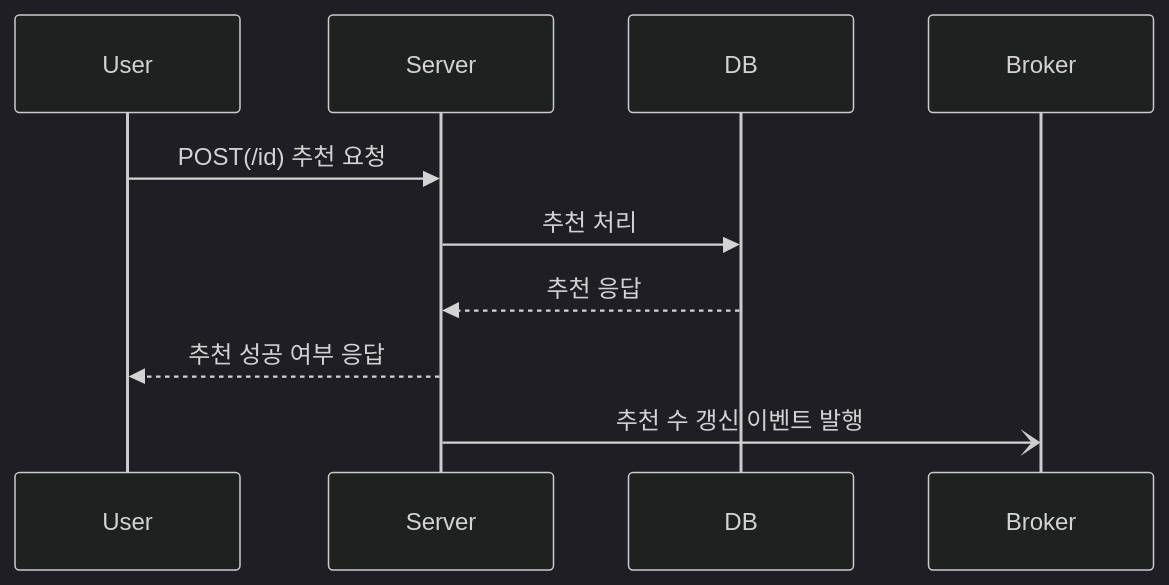
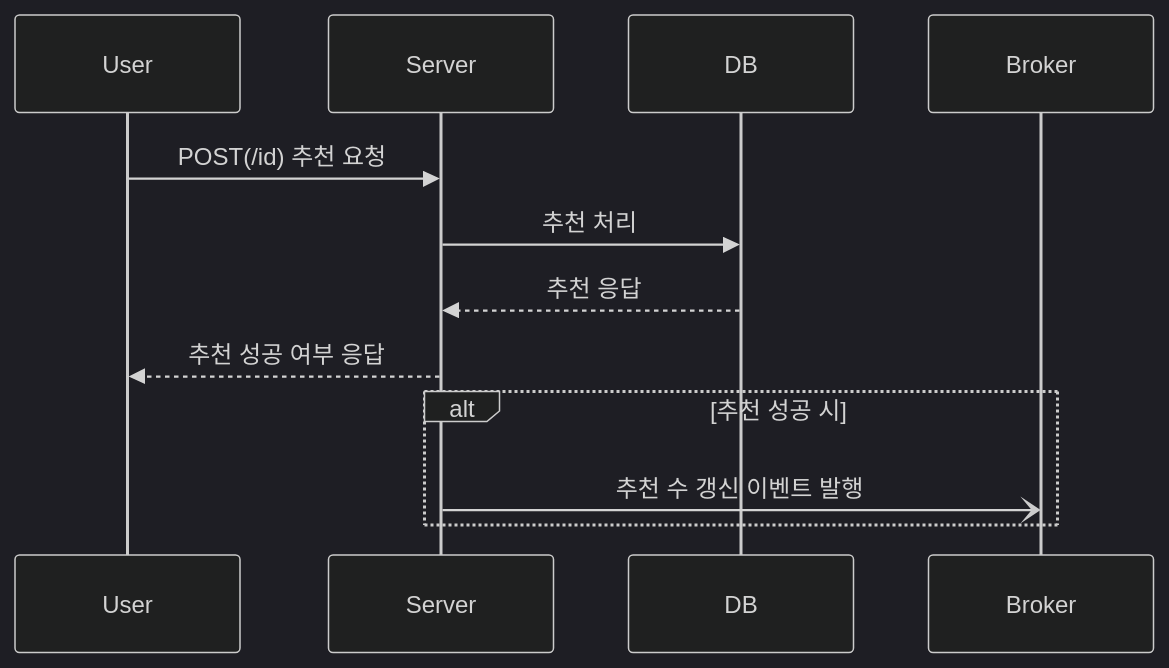
One commit to GoGradually/SSE-and-WebSocket changed the second of 4 diagrams in README.md. Above: the diagram before and after it, drawn with Mermaid (dark theme). The commit also changed other lines of this file, not shown here.

````diff
--- a/README.md
+++ b/README.md
@@ -62,8 +66,10 @@
 ```mermaid
 sequenceDiagram
     User ->> Server: POST(/id) 추천 요청
     Server ->> DB: 추천 처리
     DB -->> Server: 추천 응답
     Server -->> User: 추천 성공 여부 응답
-    Server -) Broker: 추천 수 갱신 이벤트 발행
+    alt 추천 성공 시
+        Server -) Broker: 추천 수 갱신 이벤트 발행
+    end
 ```
````
